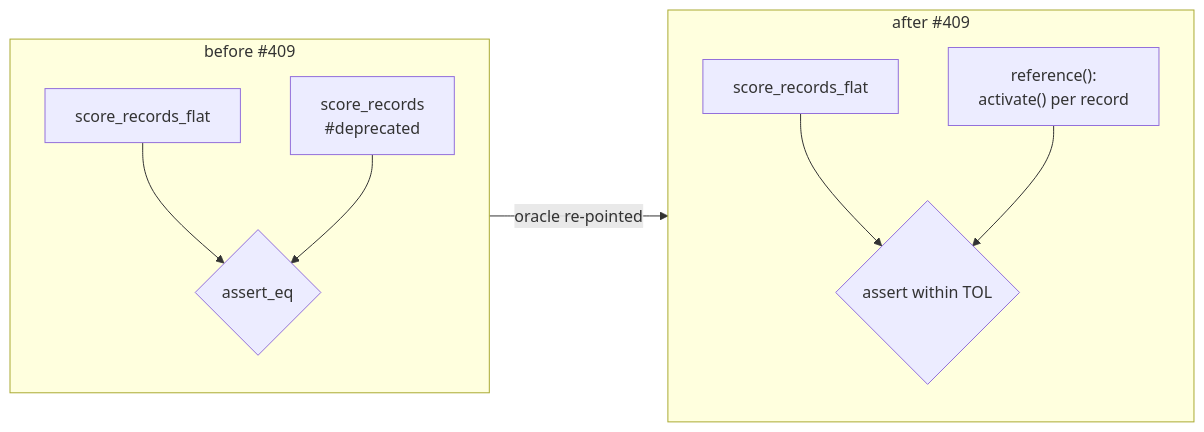
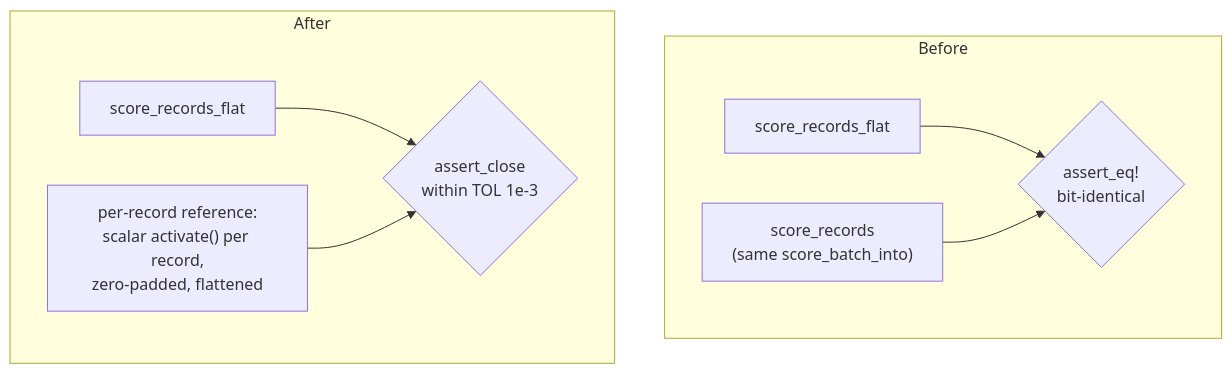
The second of 2 diagrams in docs/archive/pr-summaries/pr-summary-409.md (stSoftwareAU/NEAT-AI-core), drawn with Mermaid before and after one commit. The commit also changed other lines of this file, not shown here.

First line of the commit message:
docs: PR summary for the per-record scoring wrapper removal (Issue #409)

````diff
--- a/docs/archive/pr-summaries/pr-summary-409.md
+++ b/docs/archive/pr-summaries/pr-summary-409.md
@@ -56,12 +105,11 @@
 ```mermaid
-flowchart LR
-    subgraph Before["before #409"]
-        F1["score_records_flat"] --> C1{"assert_eq"}
-        D1["score_records<br/>#deprecated"] --> C1
+flowchart TB
+    subgraph Before
+        X1["score_records_flat"] --> X3{"assert_eq!<br/>bit-identical"}
+        X2["score_records<br/>(same score_batch_into)"] --> X3
     end
-    subgraph After["after #409"]
-        F2["score_records_flat"] --> C2{"assert within TOL"}
-        R2["reference():<br/>activate() per record"] --> C2
+    subgraph After
+        Y1["score_records_flat"] --> Y3{"assert_close<br/>within TOL 1e-3"}
+        Y2["per-record reference:<br/>scalar activate() per record,<br/>zero-padded, flattened"] --> Y3
     end
-    Before -->|"oracle re-pointed"| After
 ```
````
